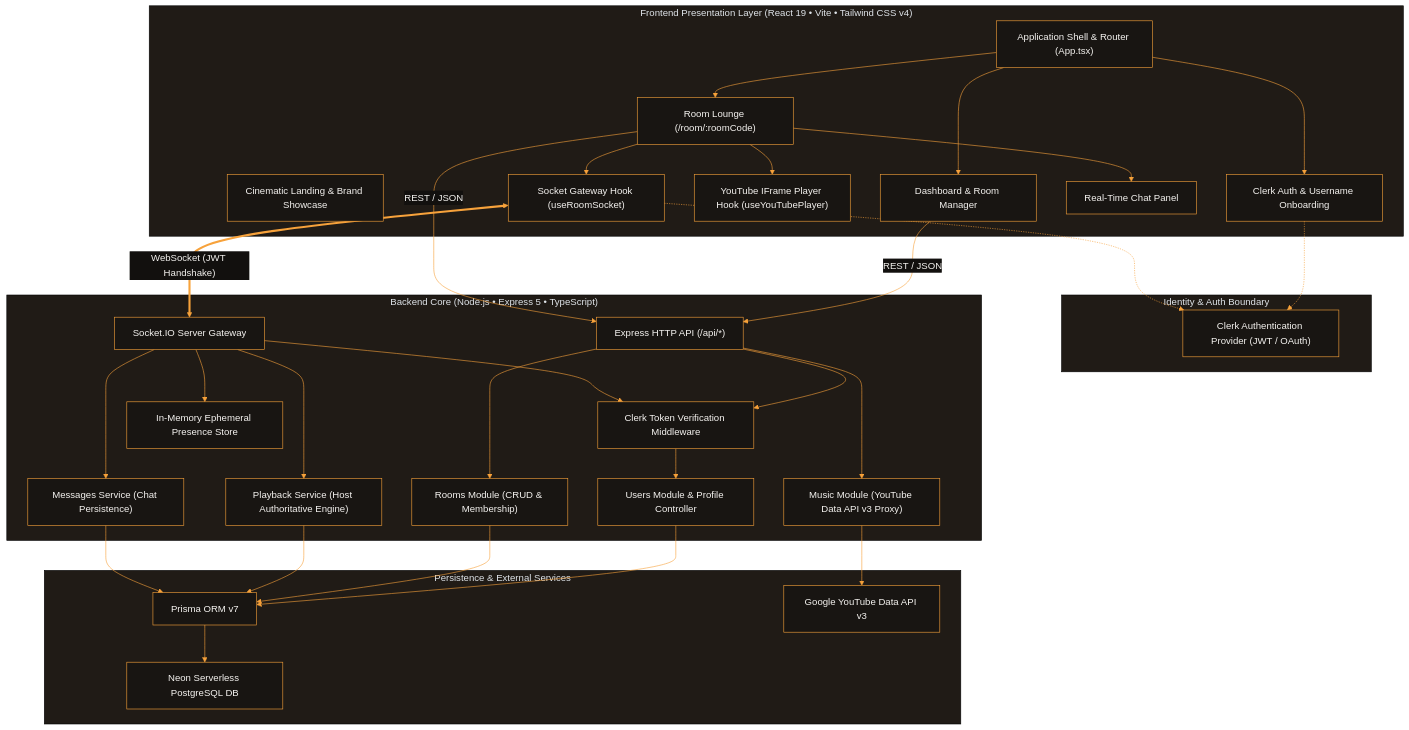
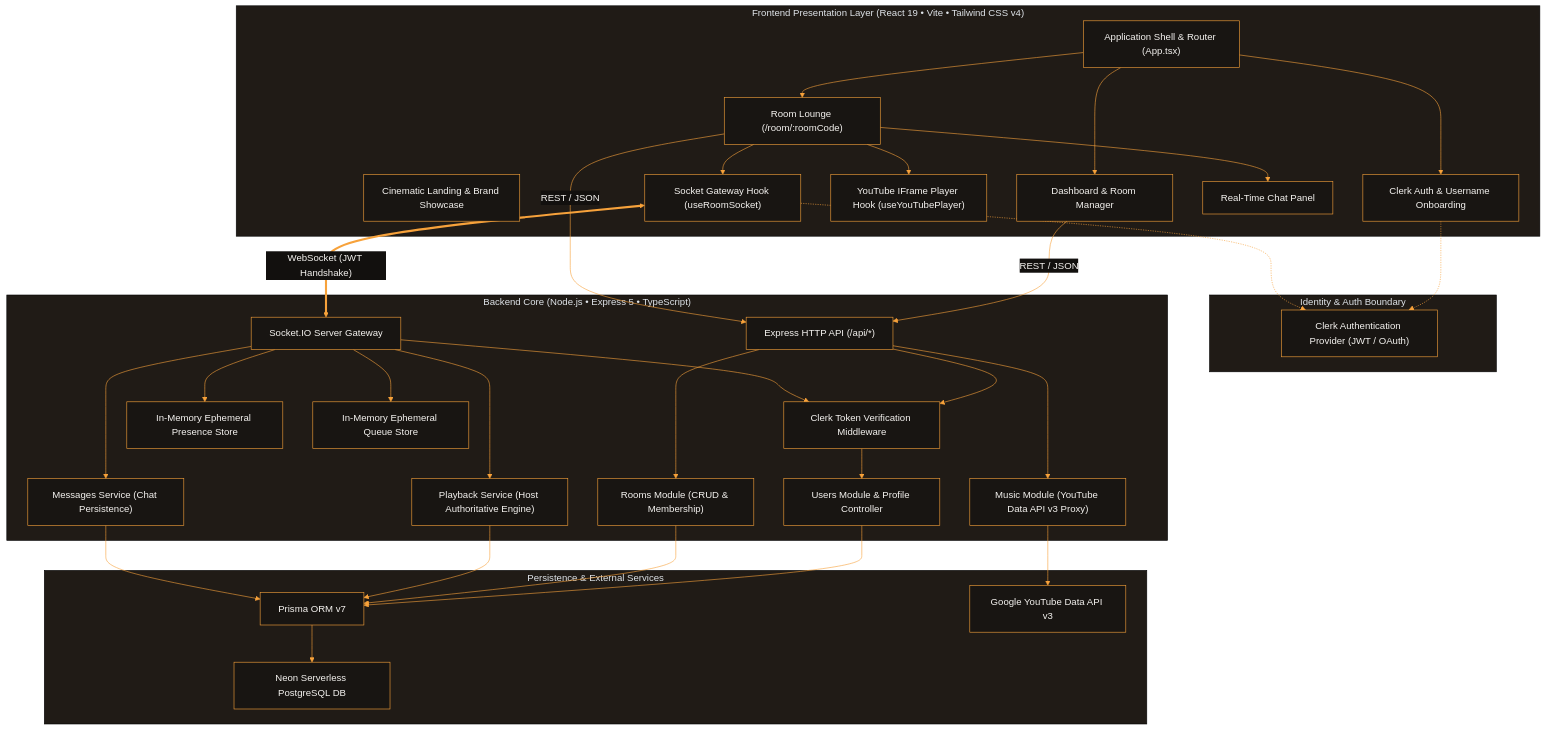
The first of 3 diagrams in README.md (Heisenberg300604/Syncd), drawn with Mermaid before and after one commit. The commit also changed other lines of this file and 12 other files, not shown here.

````diff
--- a/README.md
+++ b/README.md
@@ -206,68 +234,70 @@
 ```mermaid
 %%{init: {'theme': 'base', 'themeVariables': { 'primaryColor': '#181512', 'primaryTextColor': '#f5f3f0', 'primaryBorderColor': '#f7a23b', 'lineColor': '#f7a23b', 'secondaryColor': '#12100e', 'tertiaryColor': '#201b16' }}}%%
 graph TB
     subgraph Presentation ["Frontend Presentation Layer (React 19 • Vite • Tailwind CSS v4)"]
         UI["Application Shell & Router (App.tsx)"]
         LANDING["Cinematic Landing & Brand Showcase"]
         AUTH_VIEW["Clerk Auth & Username Onboarding"]
         HOME_VIEW["Dashboard & Room Manager"]
         ROOM_VIEW["Room Lounge (/room/:roomCode)"]
         YT_PLAYER["YouTube IFrame Player Hook (useYouTubePlayer)"]
         SOCKET_HOOK["Socket Gateway Hook (useRoomSocket)"]
         CHAT_PANEL["Real-Time Chat Panel"]
     end
 
     subgraph Security ["Identity & Auth Boundary"]
         CLERK["Clerk Authentication Provider (JWT / OAuth)"]
     end
 
     subgraph ServerCore ["Backend Core (Node.js • Express 5 • TypeScript)"]
         HTTP["Express HTTP API (/api/*)"]
         AUTH_MW["Clerk Token Verification Middleware"]
         SOCKET_SERVER["Socket.IO Server Gateway"]
         USERS_MOD["Users Module & Profile Controller"]
         ROOMS_MOD["Rooms Module (CRUD & Membership)"]
         MUSIC_MOD["Music Module (YouTube Data API v3 Proxy)"]
         PLAYBACK_SVC["Playback Service (Host Authoritative Engine)"]
         MSG_SVC["Messages Service (Chat Persistence)"]
         PRESENCE_STORE["In-Memory Ephemeral Presence Store"]
+        QUEUE_STORE["In-Memory Ephemeral Queue Store"]
     end
 
     subgraph DataLayer ["Persistence & External Services"]
         PRISMA["Prisma ORM v7"]
         NEON["Neon Serverless PostgreSQL DB"]
         YT_API["Google YouTube Data API v3"]
     end
 
     UI --> AUTH_VIEW
     UI --> HOME_VIEW
     UI --> ROOM_VIEW
     ROOM_VIEW --> YT_PLAYER
     ROOM_VIEW --> SOCKET_HOOK
     ROOM_VIEW --> CHAT_PANEL
 
     AUTH_VIEW -.-> CLERK
     SOCKET_HOOK -.-> CLERK
     
     SOCKET_HOOK <==>|"WebSocket (JWT Handshake)"| SOCKET_SERVER
     HOME_VIEW -->|"REST / JSON"| HTTP
     ROOM_VIEW -->|"REST / JSON"| HTTP
 
     HTTP --> AUTH_MW
     SOCKET_SERVER --> AUTH_MW
     AUTH_MW --> USERS_MOD
 
     HTTP --> ROOMS_MOD
     HTTP --> MUSIC_MOD
     MUSIC_MOD --> YT_API
 
     SOCKET_SERVER --> PLAYBACK_SVC
     SOCKET_SERVER --> MSG_SVC
     SOCKET_SERVER --> PRESENCE_STORE
+    SOCKET_SERVER --> QUEUE_STORE
 
     USERS_MOD --> PRISMA
     ROOMS_MOD --> PRISMA
     PLAYBACK_SVC --> PRISMA
     MSG_SVC --> PRISMA
     PRISMA --> NEON
 ```
````
